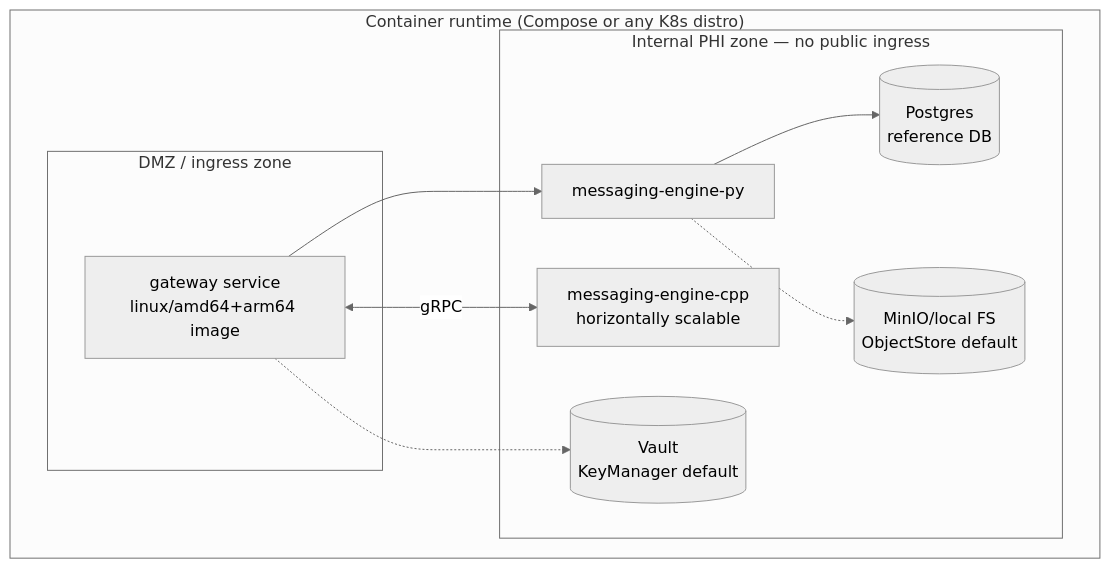
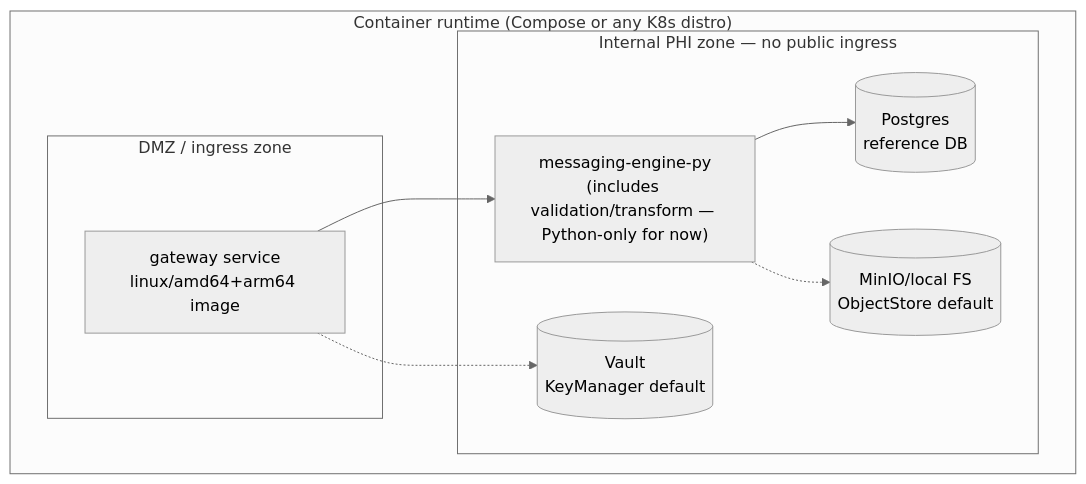
One commit to TechNaom/healthcare-interop-platform changed the second of 2 diagrams in docs/ARCHITECTURE.md. Above: the diagram before and after it, drawn with Mermaid (neutral theme). The commit also changed other lines of this file and 5 other files, not shown here.

Commit message:
Amend scope: Python-only for current build, C++ deferred to future phase (ADR-006)

````diff
--- a/docs/ARCHITECTURE.md
+++ b/docs/ARCHITECTURE.md
@@ -62,20 +62,18 @@
 ```mermaid
 flowchart TB
     subgraph "Container runtime (Compose or any K8s distro)"
         direction LR
         subgraph "DMZ / ingress zone"
             GW[gateway service\nlinux/amd64+arm64 image]
         end
         subgraph "Internal PHI zone — no public ingress"
-            ME_PY[messaging-engine-py]
-            ME_CPP[messaging-engine-cpp\nhorizontally scalable]
+            ME_PY["messaging-engine-py\n(includes validation/transform — Python-only for now)"]
             DB[(Postgres\nreference DB)]
             VAULT[(Vault\nKeyManager default)]
             MINIO[(MinIO/local FS\nObjectStore default)]
         end
     end
-    GW <-->|gRPC| ME_CPP
     GW --> ME_PY --> DB
     GW -.-> VAULT
     ME_PY -.-> MINIO
 ```
````
